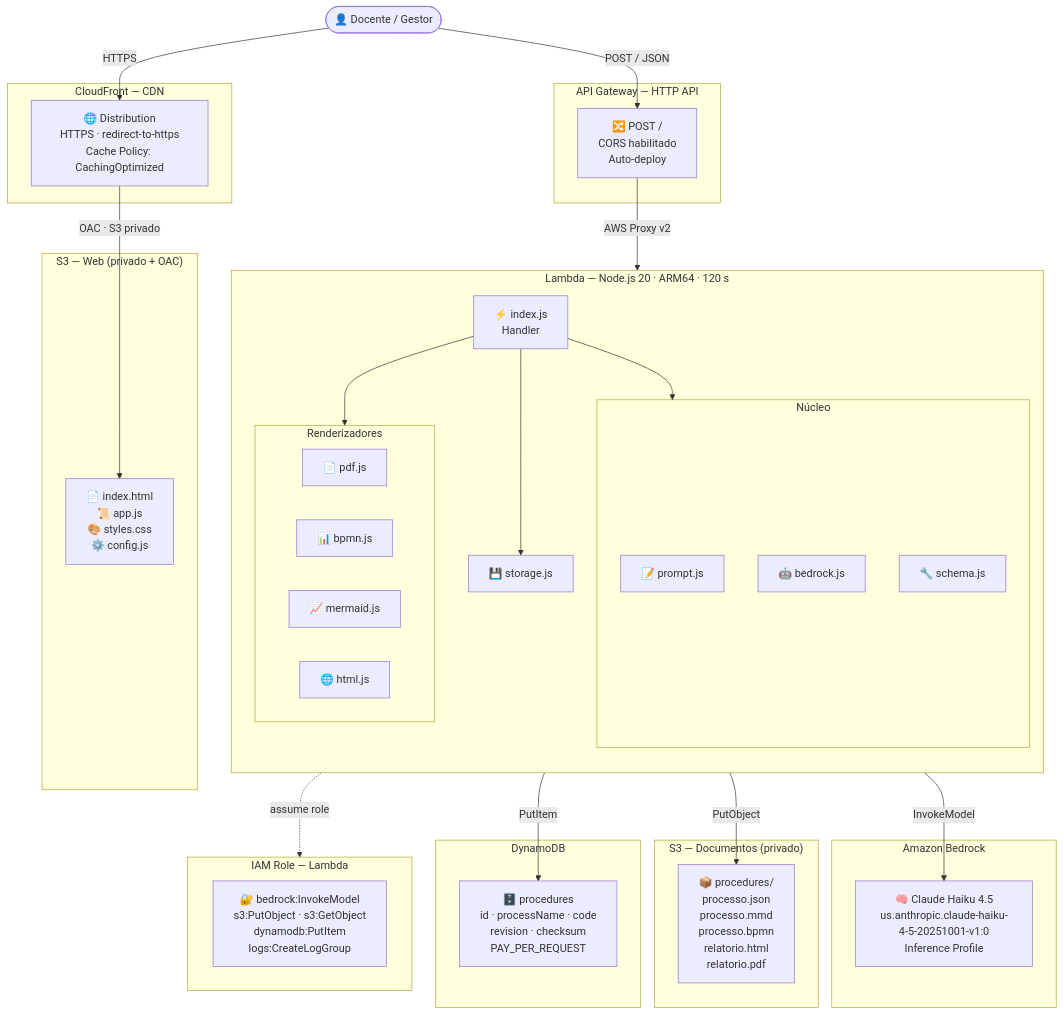
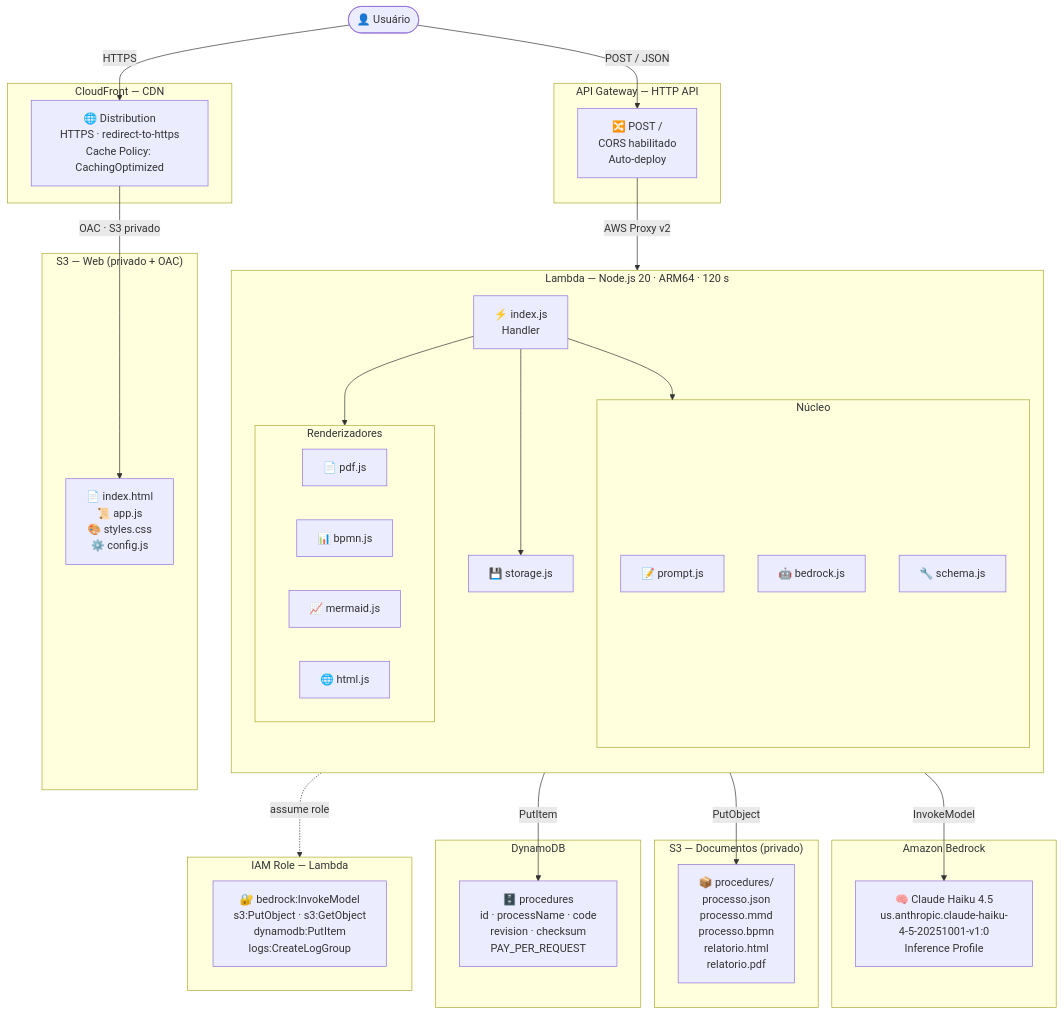
The fourth of 5 diagrams in README.md (rafae1xavier/pop-ia), drawn with Mermaid before and after one commit. The commit also changed other lines of this file, not shown here.

Commit message:
docs: substituir Docente/Gestor por Usuário nos diagramas

````diff
--- a/README.md
+++ b/README.md
@@ -94,61 +94,61 @@
 ```mermaid
 flowchart TB
-  user(["👤 Docente / Gestor"])
+  user(["👤 Usuário"])
 
   subgraph CDN ["CloudFront — CDN"]
     cf["🌐 Distribution\nHTTPS · redirect-to-https\nCache Policy: CachingOptimized"]
   end
 
   subgraph S3W ["S3 — Web (privado + OAC)"]
     s3w["📄 index.html\n📜 app.js\n🎨 styles.css\n⚙️ config.js"]
   end
 
   subgraph APIGW ["API Gateway — HTTP API"]
     apigw["🔀 POST /\nCORS habilitado\nAuto-deploy"]
   end
 
   subgraph LAMBDA ["Lambda — Node.js 20 · ARM64 · 120 s"]
     direction TB
     handler["⚡ index.js\nHandler"]
     subgraph CORE ["Núcleo"]
       prompt_m["📝 prompt.js"]
       bedrock_m["🤖 bedrock.js"]
       schema_m["🔧 schema.js"]
     end
     subgraph RENDERERS ["Renderizadores"]
       pdf_m["📄 pdf.js"]
       bpmn_m["📊 bpmn.js"]
       mmd_m["📈 mermaid.js"]
       html_m["🌐 html.js"]
     end
     storage_m["💾 storage.js"]
     handler --> CORE
     handler --> RENDERERS
     handler --> storage_m
   end
 
   subgraph BEDROCK ["Amazon Bedrock"]
     model["🧠 Claude Haiku 4.5\nus.anthropic.claude-haiku-4-5-20251001-v1:0\nInference Profile"]
   end
 
   subgraph S3D ["S3 — Documentos (privado)"]
     docs["📦 procedures/\n  processo.json\n  processo.mmd\n  processo.bpmn\n  relatorio.html\n  relatorio.pdf"]
   end
 
   subgraph DDB ["DynamoDB"]
     table["🗄️ procedures\nid · processName · code\nrevision · checksum\nPAY_PER_REQUEST"]
   end
 
   subgraph IAM ["IAM Role — Lambda"]
     iam["🔐 bedrock:InvokeModel\ns3:PutObject · s3:GetObject\ndynamodb:PutItem\nlogs:CreateLogGroup"]
   end
 
   user -->|"HTTPS"| cf
   cf -->|"OAC · S3 privado"| s3w
   user -->|"POST / JSON"| apigw
   apigw -->|"AWS Proxy v2"| handler
   bedrock_m -->|"InvokeModel"| model
   storage_m -->|"PutObject"| docs
   storage_m -->|"PutItem"| table
   LAMBDA -.->|"assume role"| IAM
 ```
````
